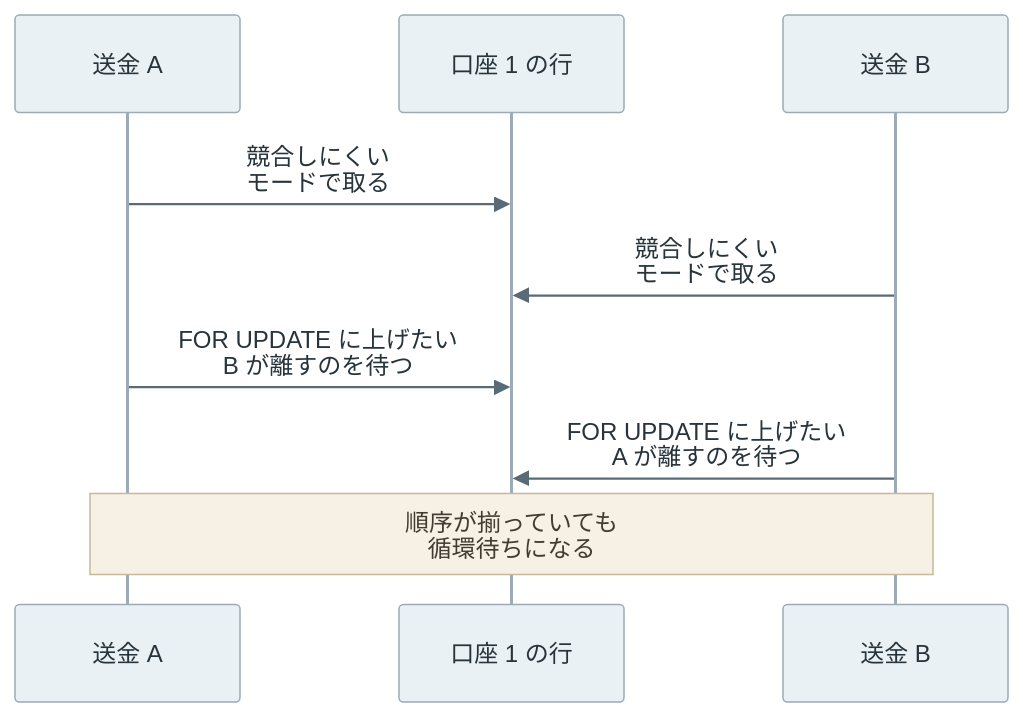
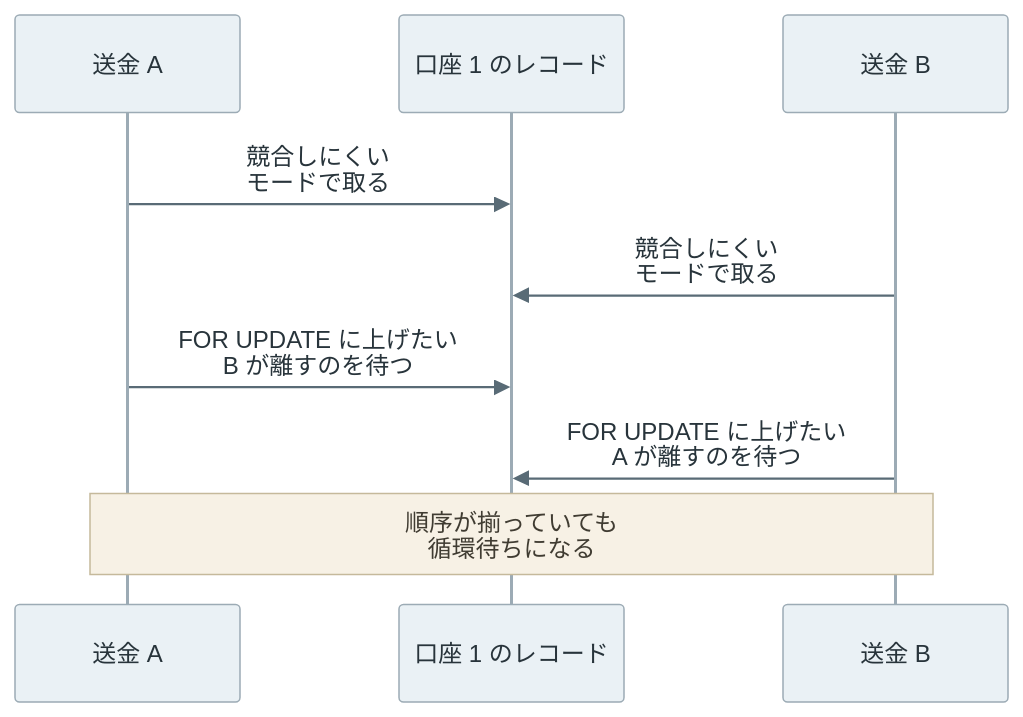
Before and after one commit to nao1215/debimate: the fourth of 7 diagrams in content/notes/database-systems/deadlock/index.md, drawn with Mermaid. The commit also changed other lines of this file and 125 other files, not shown here.

````diff
--- a/content/notes/database-systems/deadlock/index.md
+++ b/content/notes/database-systems/deadlock/index.md
@@ -123,12 +125,12 @@
 ```mermaid
 %%{init: {"theme":"base","themeVariables":{"primaryColor":"#eaf1f5","primaryTextColor":"#28343b","primaryBorderColor":"#9cabb5","lineColor":"#596b76","textColor":"#28343b","actorBkg":"#eaf1f5","actorBorder":"#9cabb5","actorTextColor":"#28343b","actorLineColor":"#9cabb5","signalColor":"#596b76","signalTextColor":"#28343b","noteBkgColor":"#f7f1e5","noteBorderColor":"#c5b99b","noteTextColor":"#403c32","activationBkgColor":"#edf3ef","activationBorderColor":"#9aafa1"}}}%%
 sequenceDiagram
     participant A as 送金 A
-    participant R as 口座 1 の行
+    participant R as 口座 1 のレコード
     participant B as 送金 B
     A->>R: 競合しにくい<br/>モードで取る
     B->>R: 競合しにくい<br/>モードで取る
     A->>R: FOR UPDATE に上げたい<br/>B が離すのを待つ
     B->>R: FOR UPDATE に上げたい<br/>A が離すのを待つ
     Note over A,B: 順序が揃っていても<br/>循環待ちになる
 ```
````
